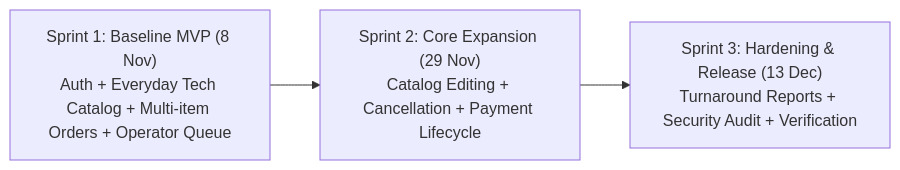
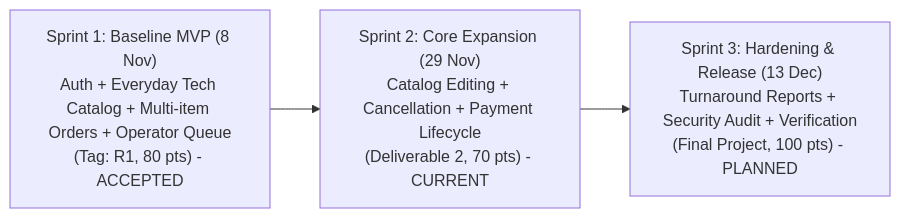
The diagram in docs/sprints/plan.md (PAKATO123/CPE-334-E-Commerce-or-Ordering-System), drawn with Mermaid before and after one commit. The commit also changed other lines of this file and 9 other files, not shown here.

````diff
--- a/docs/sprints/plan.md
+++ b/docs/sprints/plan.md
@@ -9,5 +9,5 @@
 ```mermaid
 flowchart LR
-    S1["Sprint 1: Baseline MVP (8 Nov)\nAuth + Everyday Tech Catalog + Multi-item Orders + Operator Queue"] --> S2["Sprint 2: Core Expansion (29 Nov)\nCatalog Editing + Cancellation + Payment Lifecycle"]
-    S2 --> S3["Sprint 3: Hardening & Release (13 Dec)\nTurnaround Reports + Security Audit + Verification"]
+    S1["Sprint 1: Baseline MVP (8 Nov)\nAuth + Everyday Tech Catalog + Multi-item Orders + Operator Queue\n(Tag: R1, 80 pts) - ACCEPTED"] --> S2["Sprint 2: Core Expansion (29 Nov)\nCatalog Editing + Cancellation + Payment Lifecycle\n(Deliverable 2, 70 pts) - CURRENT"]
+    S2 --> S3["Sprint 3: Hardening & Release (13 Dec)\nTurnaround Reports + Security Audit + Verification\n(Final Project, 100 pts) - PLANNED"]
 ```
````
